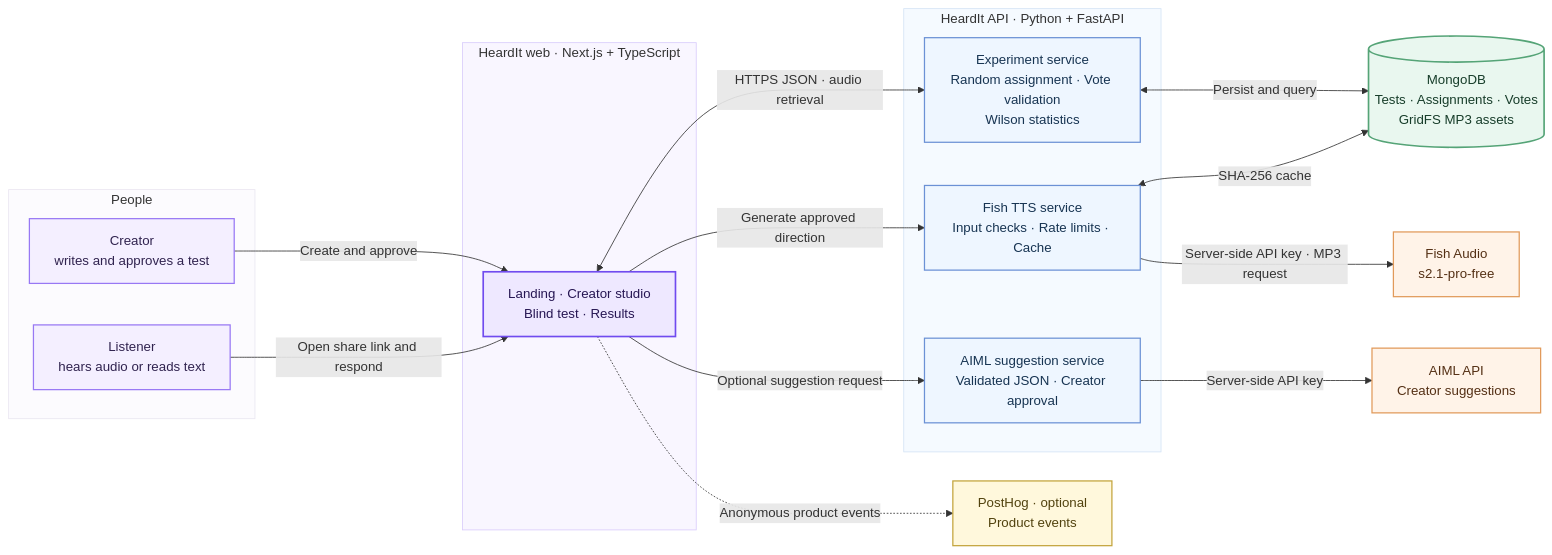
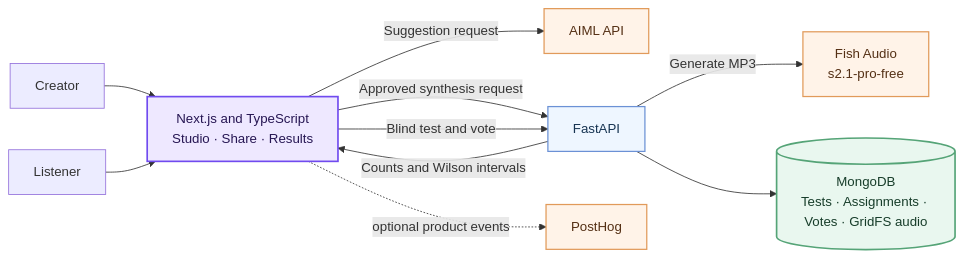
The diagram in README.md (NikhilRaikwar/HeardIt), drawn with Mermaid before and after one commit. The commit also changed other lines of this file and 1 other file, not shown here.

Commit message:
docs: streamline HeardIt product README

````diff
--- a/README.md
+++ b/README.md
@@ -35,50 +45,21 @@
 ```mermaid
 flowchart LR
-  subgraph people[People]
-    C[Creator<br/>writes and approves a test]
-    L[Listener<br/>hears audio or reads text]
-  end
+  Creator[Creator] --> Web[Next.js and TypeScript<br/>Studio · Share · Results]
+  Listener[Listener] --> Web
+  Web -->|Suggestion request| AIML[AIML API]
+  Web -->|Approved synthesis request| API[FastAPI]
+  API -->|Generate MP3| Fish[Fish Audio<br/>s2.1-pro-free]
+  API --> DB[(MongoDB<br/>Tests · Assignments · Votes · GridFS audio)]
+  Web -->|Blind test and vote| API
+  API -->|Counts and Wilson intervals| Web
+  Web -. optional product events .-> PH[PostHog]
 
-  subgraph web[HeardIt web · Next.js + TypeScript]
-    UI[Landing · Creator studio<br/>Blind test · Results]
-  end
-
-  subgraph api[HeardIt API · Python + FastAPI]
-    EXP[Experiment service<br/>Random assignment · Vote validation<br/>Wilson statistics]
-    TTS[Fish TTS service<br/>Input checks · Rate limits · Cache]
-    SUG[AIML suggestion service<br/>Validated JSON · Creator approval]
-  end
-
-  DB[(MongoDB<br/>Tests · Assignments · Votes<br/>GridFS MP3 assets)]
-  FISH[Fish Audio<br/>s2.1-pro-free]
-  AIML[AIML API<br/>Creator suggestions]
-  PH[PostHog · optional<br/>Product events]
-
-  C -->|Create and approve| UI
-  L -->|Open share link and respond| UI
-  UI <-->|HTTPS JSON · audio retrieval| EXP
-  EXP <-->|Persist and query| DB
-  UI -->|Generate approved direction| TTS
-  TTS <-->|SHA-256 cache| DB
-  TTS -->|Server-side API key · MP3 request| FISH
-  UI -->|Optional suggestion request| SUG
-  SUG -->|Server-side API key| AIML
-  UI -.->|Anonymous product events| PH
-
-  classDef people fill:#f4efff,stroke:#9878f4,color:#30234f,stroke-width:1.5px
-  classDef web fill:#eee8ff,stroke:#704bef,color:#261653,stroke-width:2px
+  classDef app fill:#eee8ff,stroke:#704bef,color:#261653,stroke-width:2px
   classDef service fill:#eef6ff,stroke:#6b91d5,color:#173452,stroke-width:1.5px
-  classDef database fill:#e9f7ef,stroke:#55a477,color:#173d2a,stroke-width:2px
+  classDef data fill:#e9f7ef,stroke:#55a477,color:#173d2a,stroke-width:2px
   classDef provider fill:#fff3e8,stroke:#e19a5a,color:#542f14,stroke-width:1.5px
-  classDef analytics fill:#fff8dc,stroke:#c3a43c,color:#51420e,stroke-width:1.5px
-  class C,L people
-  class UI web
-  class EXP,TTS,SUG service
-  class DB database
-  class FISH,AIML provider
-  class PH analytics
-
-  style people fill:#fcfbfe,stroke:#eae6f1,stroke-width:1px
-  style web fill:#f9f6ff,stroke:#d9cdfb,stroke-width:1px
-  style api fill:#f5faff,stroke:#d5e4f5,stroke-width:1px
+  class Web app
+  class API service
+  class DB data
+  class AIML,Fish,PH provider
 ```
````
